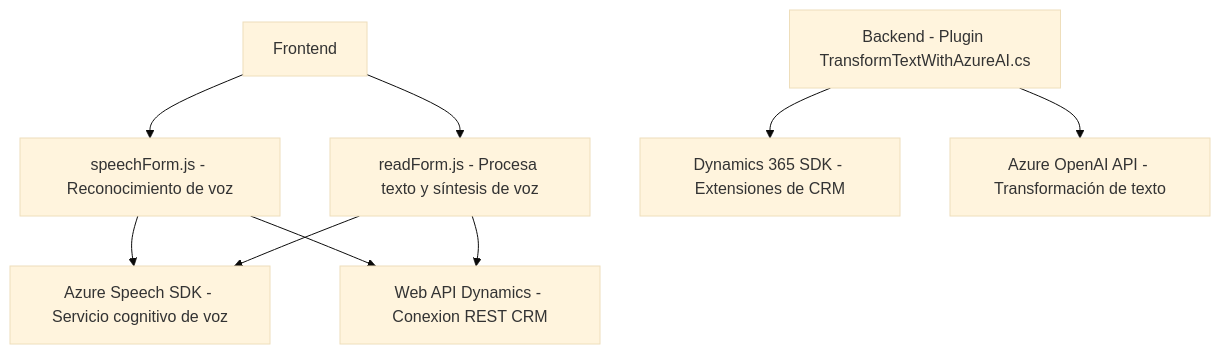
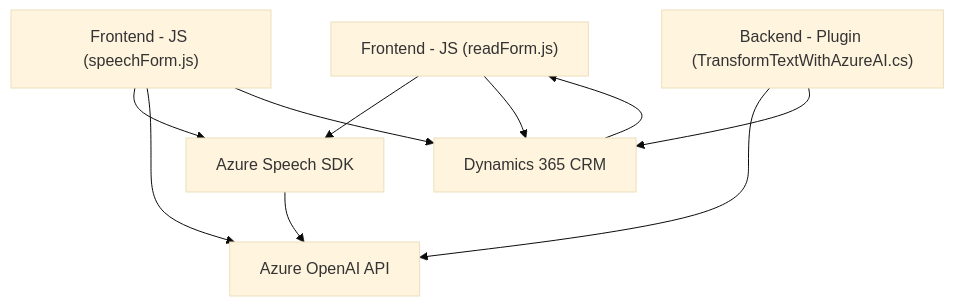
Before and after one commit to blopezdm/NETCORE_BILBAO2025: the diagram in README.md, drawn with Mermaid (base theme). The commit also changed other lines of this file, not shown here.

````diff
--- a/README.md
+++ b/README.md
@@ -45,19 +37,19 @@
 ```mermaid
 graph TD
-    A["Frontend"]
-    B["readForm.js - Procesa texto y síntesis de voz"]
-    C["speechForm.js - Reconocimiento de voz"]
-    D["Azure Speech SDK - Servicio cognitivo de voz"]
-    E["Web API Dynamics - Conexion REST CRM"]
-    F["Backend - Plugin TransformTextWithAzureAI.cs"]
-    G["Dynamics 365 SDK - Extensiones de CRM"]
-    H["Azure OpenAI API - Transformación de texto"]
-    A --> B
-    A --> C
-    C --> D
+    A["Frontend - JS (readForm.js)"]
+    B["Frontend - JS (speechForm.js)"]
+    C["Backend - Plugin (TransformTextWithAzureAI.cs)"]
+    D["Azure Speech SDK"]
+    E["Azure OpenAI API"]
+    F["Dynamics 365 CRM"]
+
+    A --> D
+    A --> F
     B --> D
+    B --> E
+    B --> F
     C --> E
-    B --> E
-    F --> G
-    F --> H
+    C --> F
+    D --> E
+    F --> A
 ```
````
